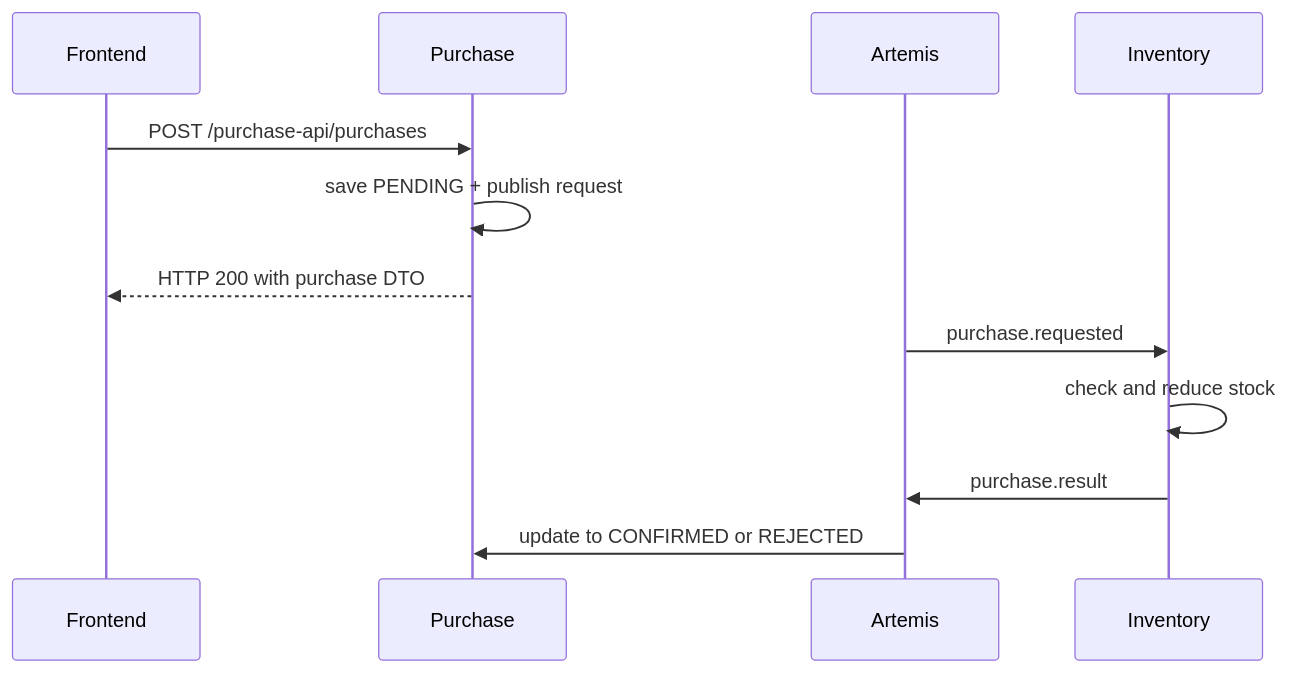
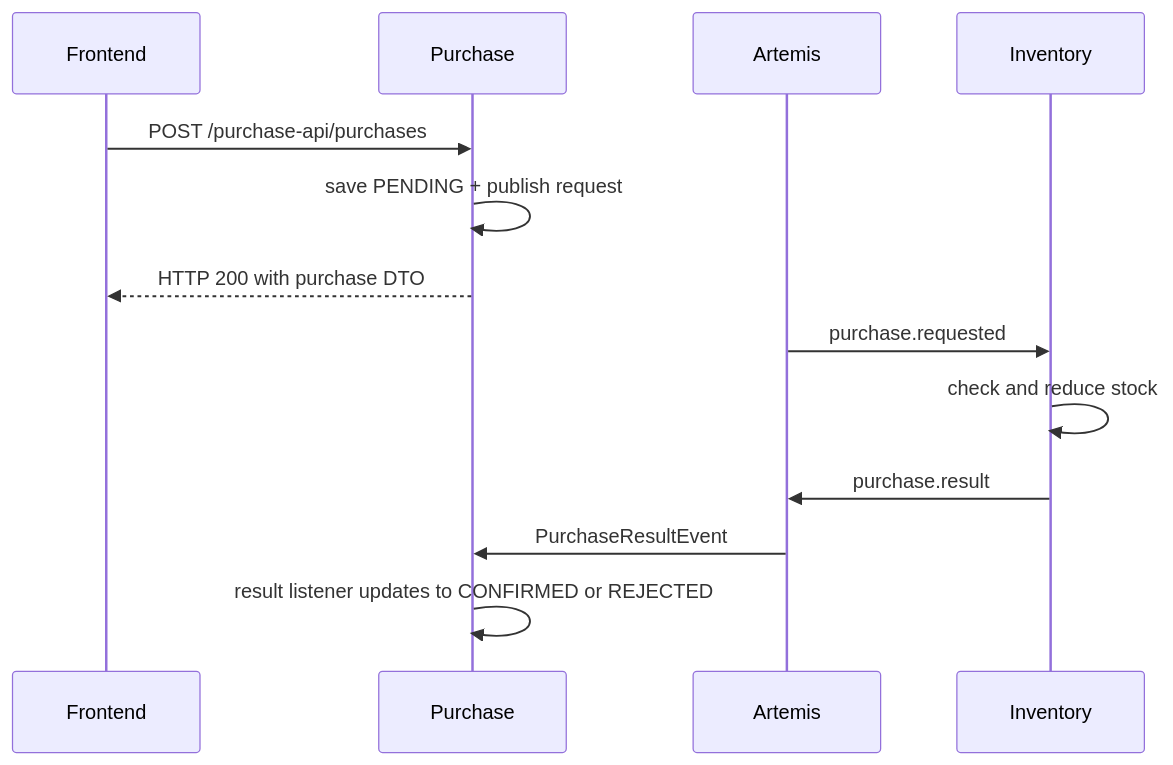
One commit to mohamad4444/cloud-native-purchase-system changed the diagram in docs/concepts/use-cases.md. Above: the diagram before and after it, drawn with Mermaid. The commit also changed 5 other files, not shown here.

Commit message:
docs: correct diagram inaccuracies found in source-code review

````diff
--- a/docs/concepts/use-cases.md
+++ b/docs/concepts/use-cases.md
@@ -26,14 +26,15 @@
 ```mermaid
 sequenceDiagram
   participant UI as Frontend
   participant Purchase
   participant Artemis
   participant Inventory
   UI->>Purchase: POST /purchase-api/purchases
   Purchase->>Purchase: save PENDING + publish request
   Purchase-->>UI: HTTP 200 with purchase DTO
   Artemis->>Inventory: purchase.requested
   Inventory->>Inventory: check and reduce stock
   Inventory->>Artemis: purchase.result
-  Artemis->>Purchase: update to CONFIRMED or REJECTED
+  Artemis->>Purchase: PurchaseResultEvent
+  Purchase->>Purchase: result listener updates to CONFIRMED or REJECTED
 ```
````
